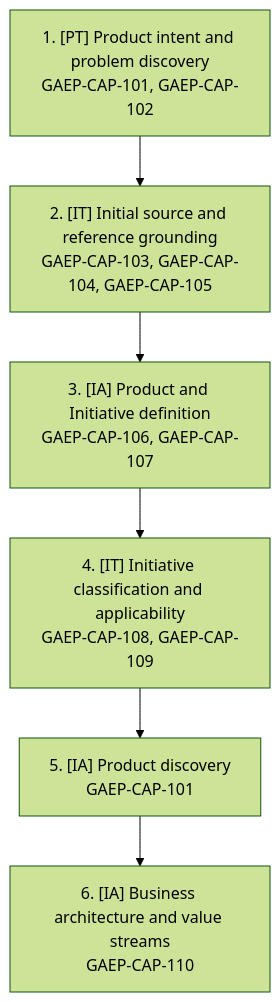
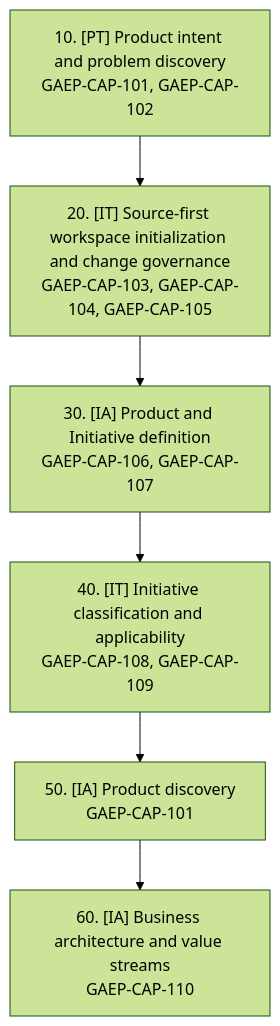
One commit to panahister/GAEP changed the sixth of 11 diagrams in apps/vscode/media/GAEP_GUIDE.md. Above: the diagram before and after it, drawn with Mermaid (forest theme). The commit also changed other lines of this file and 10 other files, not shown here.

````diff
--- a/apps/vscode/media/GAEP_GUIDE.md
+++ b/apps/vscode/media/GAEP_GUIDE.md
@@ -225,11 +353,11 @@
 ```mermaid
-%% Lifecycle 1–6: discover and define
+%% Target lifecycle: discover and define
 flowchart TD
-  lifecycle_01["1. [PT] Product intent and problem discovery<br/>GAEP-CAP-101, GAEP-CAP-102"]
-  lifecycle_02["2. [IT] Initial source and reference grounding<br/>GAEP-CAP-103, GAEP-CAP-104, GAEP-CAP-105"]
-  lifecycle_03["3. [IA] Product and Initiative definition<br/>GAEP-CAP-106, GAEP-CAP-107"]
-  lifecycle_04["4. [IT] Initiative classification and applicability<br/>GAEP-CAP-108, GAEP-CAP-109"]
-  lifecycle_05["5. [IA] Product discovery<br/>GAEP-CAP-101"]
-  lifecycle_06["6. [IA] Business architecture and value streams<br/>GAEP-CAP-110"]
+  lifecycle_01["10. [PT] Product intent and problem discovery<br/>GAEP-CAP-101, GAEP-CAP-102"]
+  lifecycle_02["20. [IT] Source-first workspace initialization and change governance<br/>GAEP-CAP-103, GAEP-CAP-104, GAEP-CAP-105"]
+  lifecycle_03["30. [IA] Product and Initiative definition<br/>GAEP-CAP-106, GAEP-CAP-107"]
+  lifecycle_04["40. [IT] Initiative classification and applicability<br/>GAEP-CAP-108, GAEP-CAP-109"]
+  lifecycle_05["50. [IA] Product discovery<br/>GAEP-CAP-101"]
+  lifecycle_06["60. [IA] Business architecture and value streams<br/>GAEP-CAP-110"]
   lifecycle_01 --> lifecycle_02 --> lifecycle_03 --> lifecycle_04 --> lifecycle_05 --> lifecycle_06
 ```
````
